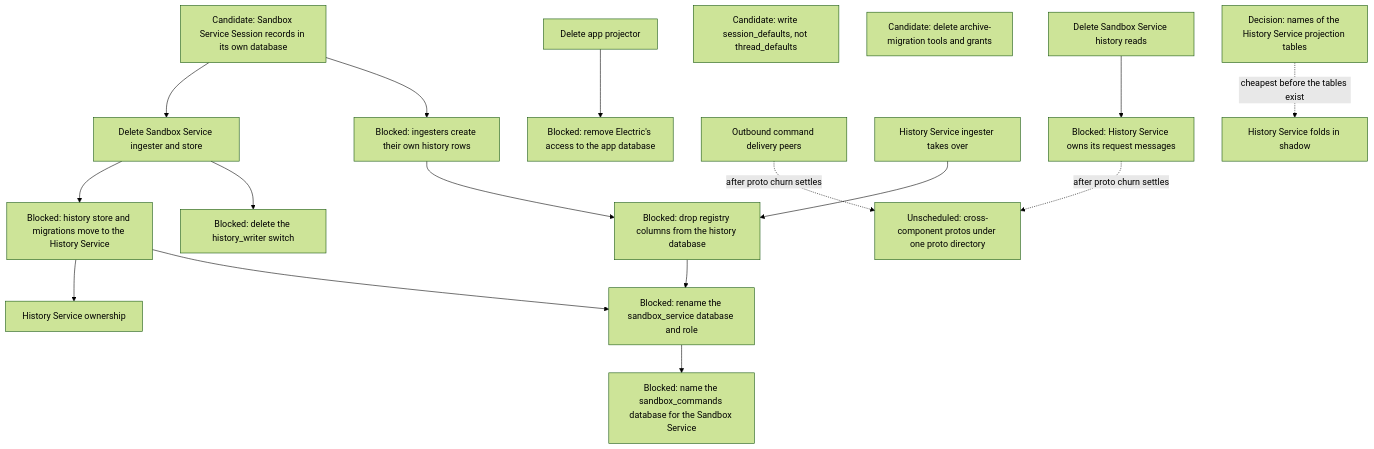
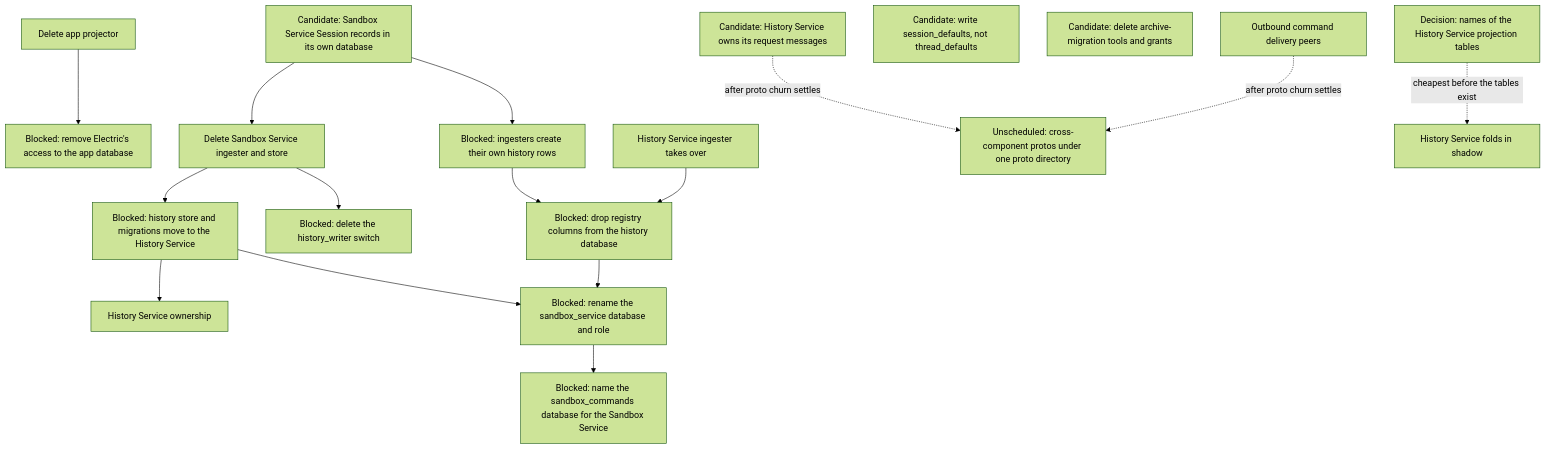
Before and after one commit to agentydragon/ducktape: the tenth of 10 diagrams in agentplane/plans/task_dag.md, drawn with Mermaid (forest theme). The commit also changed other lines of this file and 11 other files, not shown here.

First line of the commit message:
agentplane/sandbox_service: delete the history read RPCs

````diff
--- a/agentplane/plans/task_dag.md
+++ b/agentplane/plans/task_dag.md
@@ -963,38 +956,36 @@
 ```mermaid
 flowchart TD
     SESSION_REGISTRY_MOVE[Candidate: Sandbox Service Session records in its own database]
     SESSION_HISTORY_ROW_FROM_FEED[Blocked: ingesters create their own history rows]
     HISTORY_SESSION_COLUMNS_DROP[Blocked: drop registry columns from the history database]
     HISTORY_STORE_MOVE[Blocked: history store and migrations move to the History Service]
     HISTORY_WRITER_SWITCH_RETIRE[Blocked: delete the history_writer switch]
     HISTORY_DATABASE_RENAME[Blocked: rename the sandbox_service database and role]
     SANDBOX_DATABASE_RENAME[Blocked: name the sandbox_commands database for the Sandbox Service]
-    HISTORY_PROTO_OWNERSHIP[Blocked: History Service owns its request messages]
+    HISTORY_PROTO_OWNERSHIP[Candidate: History Service owns its request messages]
     HISTORY_PROJECTION_NAMING[Decision: names of the History Service projection tables]
     APP_ELECTRIC_RETIRE[Blocked: remove Electric's access to the app database]
     SANDBOX_BINDING_ANNOTATION_RENAME[Candidate: write session_defaults, not thread_defaults]
     MIGRATION_TOOLING_RETIRE[Candidate: delete archive-migration tools and grants]
     PROTO_DIRECTORY[Unscheduled: cross-component protos under one proto directory]
     RUNNER_OUTBOUND_CHANNEL[Outbound command delivery peers]
     HISTORY_WRITE_HANDOFF[History Service ingester takes over]
-    SANDBOX_HISTORY_READS_RETIRE[Delete Sandbox Service history reads]
     SANDBOX_LOCAL_HISTORY_RETIRE[Delete Sandbox Service ingester and store]
     FOLD_SHADOW[History Service folds in shadow]
     APP_PROJECTOR_RETIRE[Delete app projector]
     HISTORY_SERVICE_OWNERSHIP[History Service ownership]
     SESSION_REGISTRY_MOVE --> SANDBOX_LOCAL_HISTORY_RETIRE
     SESSION_REGISTRY_MOVE --> SESSION_HISTORY_ROW_FROM_FEED
     SESSION_HISTORY_ROW_FROM_FEED --> HISTORY_SESSION_COLUMNS_DROP
     HISTORY_WRITE_HANDOFF --> HISTORY_SESSION_COLUMNS_DROP
     SANDBOX_LOCAL_HISTORY_RETIRE --> HISTORY_STORE_MOVE
     SANDBOX_LOCAL_HISTORY_RETIRE --> HISTORY_WRITER_SWITCH_RETIRE
     HISTORY_STORE_MOVE --> HISTORY_SERVICE_OWNERSHIP
     HISTORY_STORE_MOVE --> HISTORY_DATABASE_RENAME
     HISTORY_SESSION_COLUMNS_DROP --> HISTORY_DATABASE_RENAME
     HISTORY_DATABASE_RENAME --> SANDBOX_DATABASE_RENAME
-    SANDBOX_HISTORY_READS_RETIRE --> HISTORY_PROTO_OWNERSHIP
     HISTORY_PROJECTION_NAMING -. cheapest before the tables exist .-> FOLD_SHADOW
     APP_PROJECTOR_RETIRE --> APP_ELECTRIC_RETIRE
     HISTORY_PROTO_OWNERSHIP -. after proto churn settles .-> PROTO_DIRECTORY
     RUNNER_OUTBOUND_CHANNEL -. after proto churn settles .-> PROTO_DIRECTORY
 ```
````
